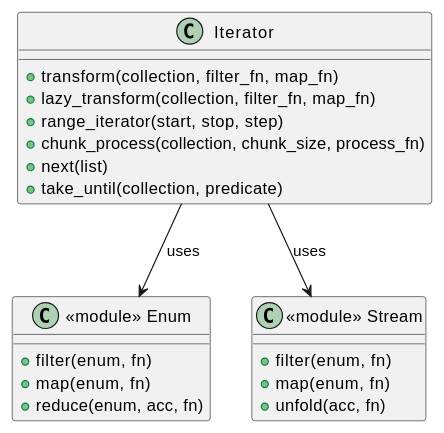
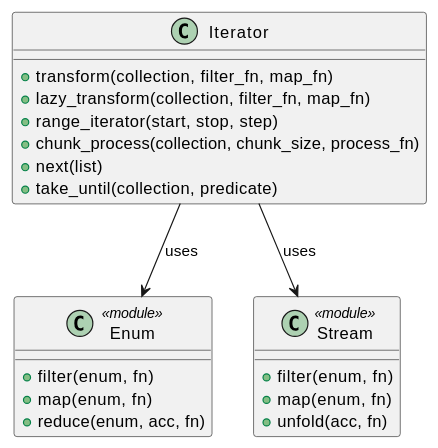
Before and after one commit to k2works/getting-started-design-pattern: the diagram in docs/article/elixir/08-iterator.md, drawn with PlantUML. The commit also changed 73 other files, not shown here.

Commit message:
docs(article): PlantUML 表記と記事ナビゲーションを整理

````diff
--- a/docs/article/elixir/08-iterator.md
+++ b/docs/article/elixir/08-iterator.md
@@ -9,27 +9,27 @@
 ```plantuml
 @startuml
 class "Iterator" as I {
   + transform(collection, filter_fn, map_fn)
   + lazy_transform(collection, filter_fn, map_fn)
   + range_iterator(start, stop, step)
   + chunk_process(collection, chunk_size, process_fn)
   + next(list)
   + take_until(collection, predicate)
 }
 
-class "<<module>> Enum" as E {
+class "Enum" as E <<module>> {
   + filter(enum, fn)
   + map(enum, fn)
   + reduce(enum, acc, fn)
 }
 
-class "<<module>> Stream" as S {
+class "Stream" as S <<module>> {
   + filter(enum, fn)
   + map(enum, fn)
   + unfold(acc, fn)
 }
 
 I --> E : uses
 I --> S : uses
 @enduml
 ```
````
